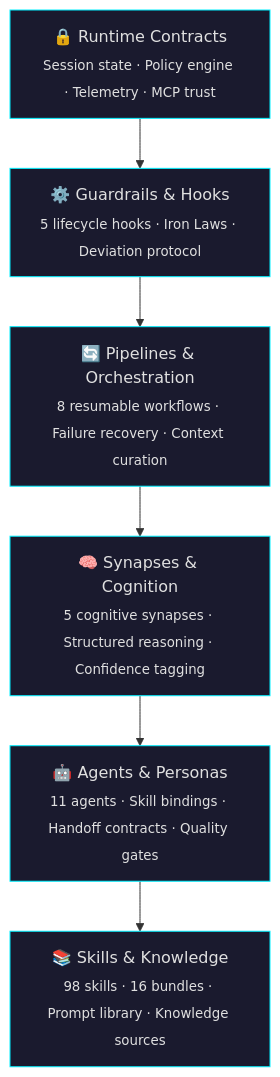
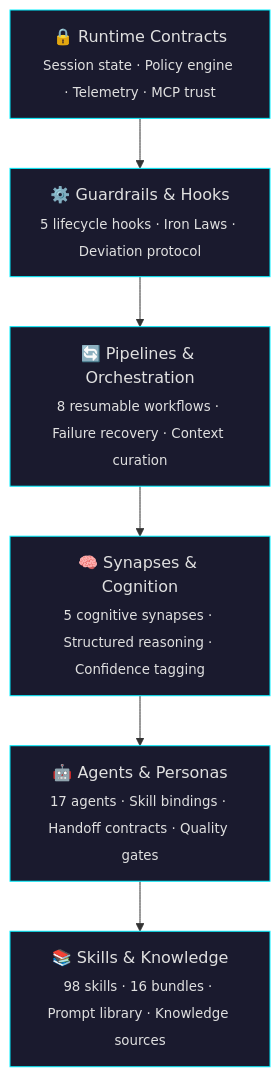
Before and after one commit to SufficientDaikon/archon: the first of 4 diagrams in README.md, drawn with Mermaid. The commit also changed other lines of this file and 149 other files, not shown here.

````diff
--- a/README.md
+++ b/README.md
@@ -84,18 +81,18 @@
 ```mermaid
 graph TD
     RT["🔒 Runtime Contracts<br><sub>Session state · Policy engine · Telemetry · MCP trust</sub>"]
     GH["⚙️ Guardrails & Hooks<br><sub>5 lifecycle hooks · Iron Laws · Deviation protocol</sub>"]
     PO["🔄 Pipelines & Orchestration<br><sub>8 resumable workflows · Failure recovery · Context curation</sub>"]
     SC["🧠 Synapses & Cognition<br><sub>5 cognitive synapses · Structured reasoning · Confidence tagging</sub>"]
-    AP["🤖 Agents & Personas<br><sub>11 agents · Skill bindings · Handoff contracts · Quality gates</sub>"]
+    AP["🤖 Agents & Personas<br><sub>17 agents · Skill bindings · Handoff contracts · Quality gates</sub>"]
     SK["📚 Skills & Knowledge<br><sub>98 skills · 16 bundles · Prompt library · Knowledge sources</sub>"]
 
     RT --> GH --> PO --> SC --> AP --> SK
 
     style RT fill:#1a1a2e,stroke:#00F0FF,color:#e0e0e0
     style GH fill:#1a1a2e,stroke:#00F0FF,color:#e0e0e0
     style PO fill:#1a1a2e,stroke:#00F0FF,color:#e0e0e0
     style SC fill:#1a1a2e,stroke:#00F0FF,color:#e0e0e0
     style AP fill:#1a1a2e,stroke:#00F0FF,color:#e0e0e0
     style SK fill:#1a1a2e,stroke:#00F0FF,color:#e0e0e0
 ```
````
